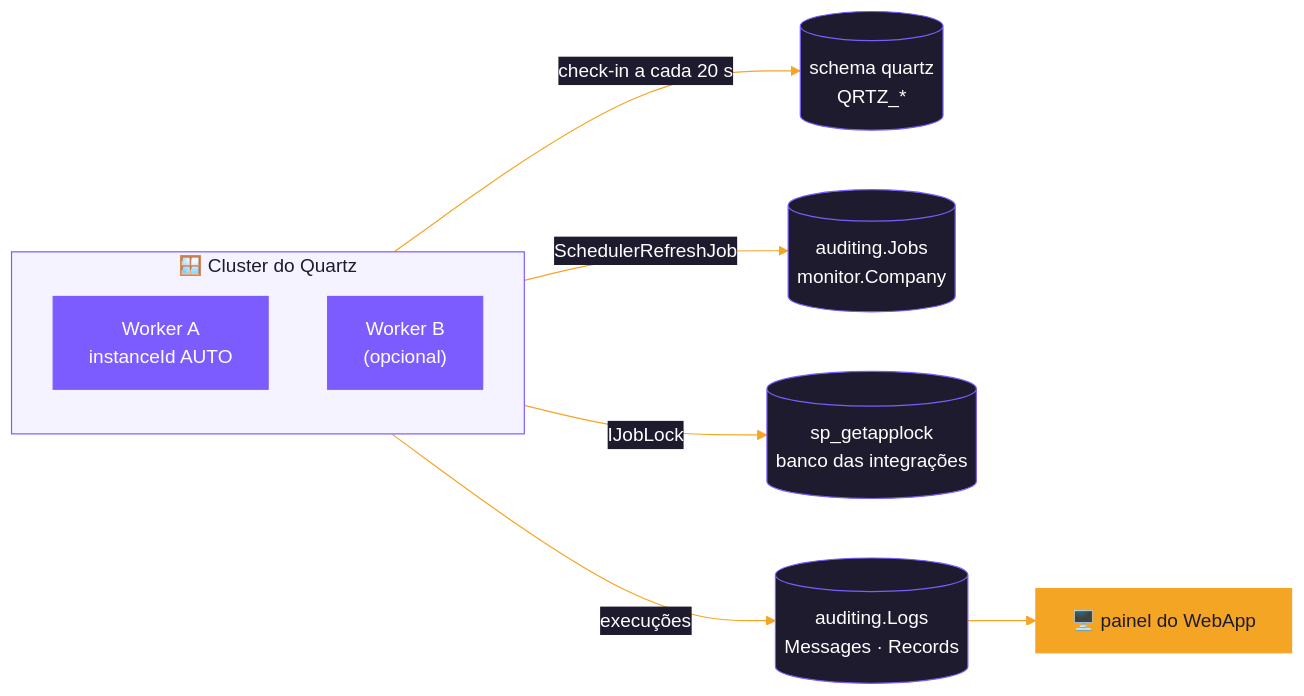
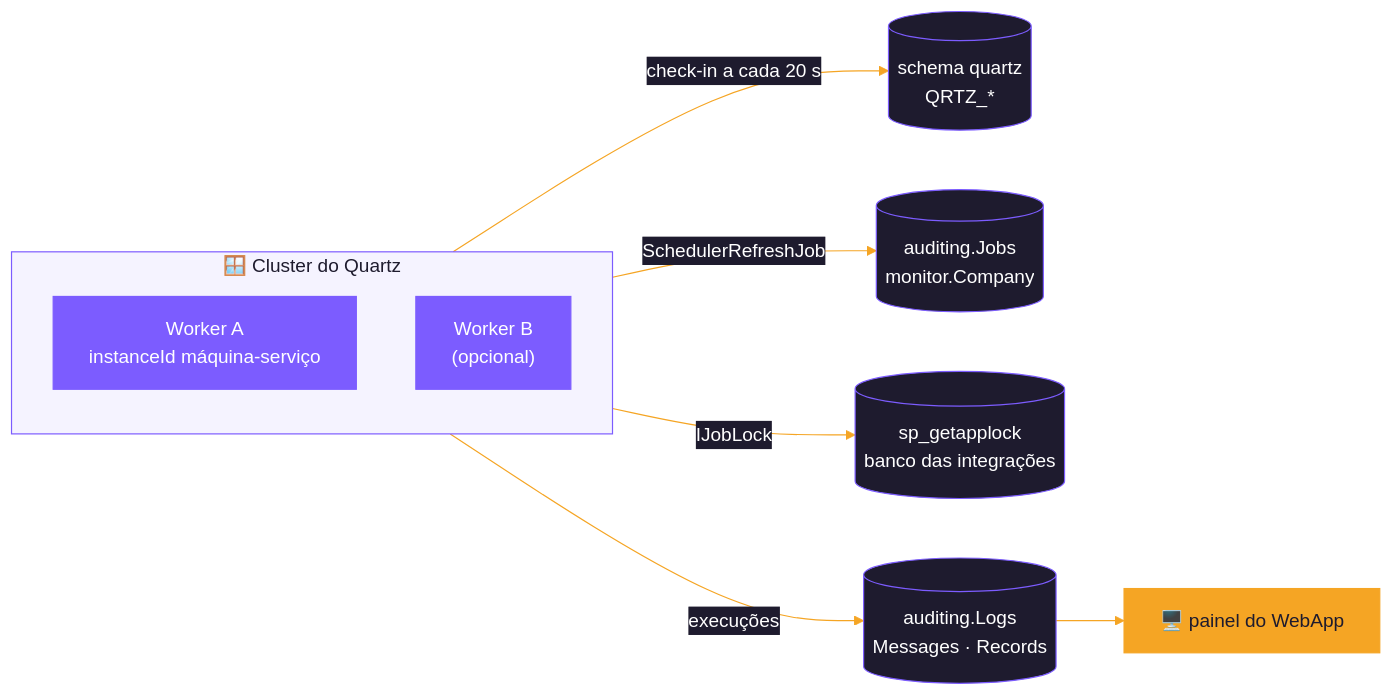
The first of 5 diagrams in src/Backend/Hosts/Worker/README.md (cayo-kume/extract-transform-load-integrations-system), drawn with Mermaid before and after one commit. The commit also changed other lines of this file and 122 other files, not shown here.

````diff
--- a/src/Backend/Hosts/Worker/README.md
+++ b/src/Backend/Hosts/Worker/README.md
@@ -46,19 +46,19 @@
 ```mermaid
 %%{init: {'theme':'base','themeVariables':{'primaryColor':'#1e1b2e','primaryTextColor':'#ffffff','primaryBorderColor':'#7c5cff','lineColor':'#f5a524','textColor':'#1e1b2e','clusterBkg':'#f5f3ff','clusterBorder':'#7c5cff','titleColor':'#1e1b2e','edgeLabelBackground':'#1e1b2e'}}}%%
 flowchart LR
     subgraph CLUSTER["🪟 Cluster do Quartz"]
         direction TB
-        W1["Worker A<br/>instanceId AUTO"]
+        W1["Worker A<br/>instanceId máquina-serviço"]
         W2["Worker B<br/>(opcional)"]
     end
     CLUSTER -- "check-in a cada 20 s" --> QZ[("schema quartz<br/>QRTZ_*")]
     CLUSTER -- "SchedulerRefreshJob" --> AJ[("auditing.Jobs<br/>monitor.Company")]
     CLUSTER -- "IJobLock" --> LK[("sp_getapplock<br/>banco das integrações")]
     CLUSTER -- "execuções" --> LOG[("auditing.Logs<br/>Messages · Records")]
     LOG --> PANEL["🖥️ painel do WebApp"]
 
     classDef accent fill:#7c5cff,stroke:#7c5cff,color:#ffffff
     classDef warm fill:#f5a524,stroke:#f5a524,color:#1e1b2e
     class W1,W2 accent
     class PANEL warm
 ```
````
